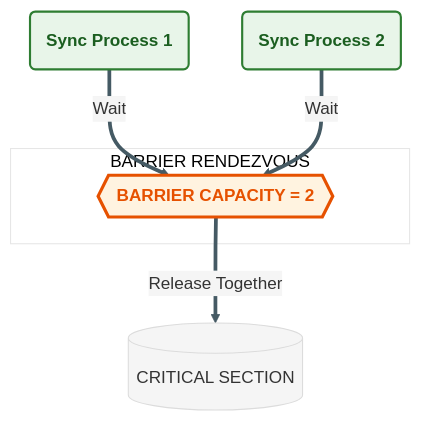
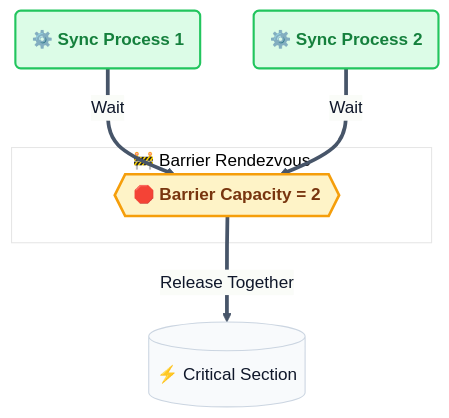
Before and after one commit to RameenAnwar/PDC-SP26-SE: the ninth of 10 diagrams in SyedMuhammadHuzaifaAshrafi-(23FA-035-SE)/Chapter03/README.md, drawn with Mermaid. The commit also changed other lines of this file and 5 other files, not shown here.

````diff
--- a/SyedMuhammadHuzaifaAshrafi-(23FA-035-SE)/Chapter03/README.md
+++ b/SyedMuhammadHuzaifaAshrafi-(23FA-035-SE)/Chapter03/README.md
@@ -542,19 +221,19 @@
 ```mermaid
-%%{init: {'theme': 'base', 'themeVariables': { 'lineColor': '#455A64', 'primaryColor': '#F5F5F5' }}}%%
+%%{init: {'theme': 'base', 'themeVariables': { 'lineColor': '#475569', 'primaryColor': '#f8fafc', 'primaryTextColor': '#0f172a', 'primaryBorderColor': '#cbd5e1' }}}%%
 flowchart TD
-    %% Pro Max Sync Visual
-    classDef sync fill:#FFF3E0,stroke:#E65100,stroke-width:3px,color:#E65100,font-weight:bold
-    classDef pActive fill:#E8F5E9,stroke:#2E7D32,stroke-width:2px,color:#1B5E20,font-weight:bold
+    %% Premium Sync Visual
+    classDef sync fill:#fef3c7,stroke:#f59e0b,stroke-width:2.5px,color:#78350f,font-weight:bold
+    classDef pActive fill:#dcfce7,stroke:#22c55e,stroke-width:2px,color:#15803d,font-weight:bold
 
-    subgraph SYNC_BARRIER [BARRIER RENDEZVOUS]
-        B{{"BARRIER CAPACITY = 2"}}
+    subgraph SYNC_BARRIER ["🚧 Barrier Rendezvous"]
+        B{{"🛑 Barrier Capacity = 2"}}
     end
 
-    P1(Sync Process 1) == "Wait" ==> B
-    P2(Sync Process 2) == "Wait" ==> B
+    P1("⚙️ Sync Process 1") == "Wait" ==> B
+    P2("⚙️ Sync Process 2") == "Wait" ==> B
     
-    B == "Release Together" ==> Critical[(CRITICAL SECTION)]
+    B == "Release Together" ==> Critical[("⚡ Critical Section")]
 
     class B sync
     class P1,P2 pActive
 ```
````
